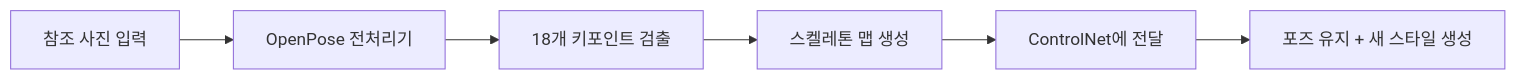
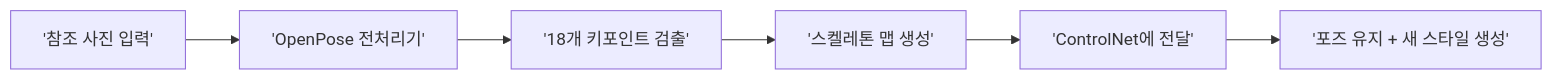
The first of 3 diagrams in 07-ch7-controlnet과-참조-이미지-활용/03-03-포즈-제어-openpose와-인물-생성.md (jsonpassion/forge-tutorial-promptcanvas), drawn with Mermaid before and after one commit. The commit also changed other lines of this file and 63 other files, not shown here.

````diff
--- a/07-ch7-controlnet과-참조-이미지-활용/03-03-포즈-제어-openpose와-인물-생성.md
+++ b/07-ch7-controlnet과-참조-이미지-활용/03-03-포즈-제어-openpose와-인물-생성.md
@@ -54,8 +25,8 @@
 ```mermaid
 flowchart LR
-    A["참조 사진 입력"] --> B["OpenPose 전처리기"]
-    B --> C["18개 키포인트 검출"]
-    C --> D["스켈레톤 맵 생성"]
-    D --> E["ControlNet에 전달"]
-    E --> F["포즈 유지 + 새 스타일 생성"]
+    A['참조 사진 입력'] --> B['OpenPose 전처리기']
+    B --> C['18개 키포인트 검출']
+    C --> D['스켈레톤 맵 생성']
+    D --> E['ControlNet에 전달']
+    E --> F['포즈 유지 + 새 스타일 생성']
 ```
````
